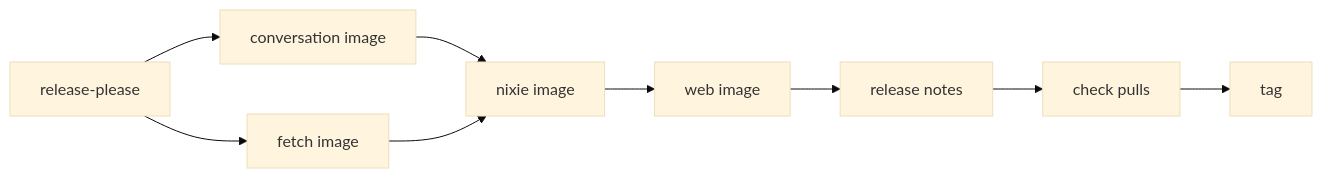
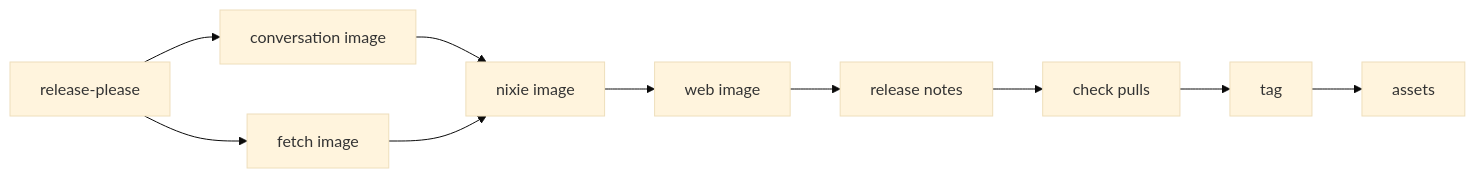
Before and after one commit to zgeoff/nixie: the diagram in docs/architecture/deployment/release-pipeline.md, drawn with Mermaid (base theme). The commit also changed other lines of this file and 26 other files, not shown here.

Commit message:
feat(geo-1041): publish release.json and a config schema per release

````diff
--- a/docs/architecture/deployment/release-pipeline.md
+++ b/docs/architecture/deployment/release-pipeline.md
@@ -41,11 +44,12 @@
 ```mermaid
 flowchart LR
   rp[release-please] --> conv[conversation image]
   rp --> fetch[fetch image]
   conv --> nixie[nixie image]
   fetch --> nixie
   nixie --> web[web image]
   web --> notes[release notes]
   notes --> pulls[check pulls]
   pulls --> tag[tag]
+  tag --> assets[assets]
 ```
````
